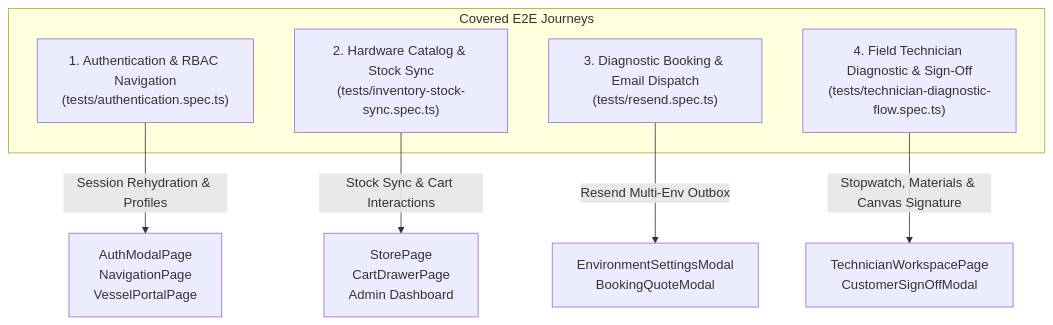
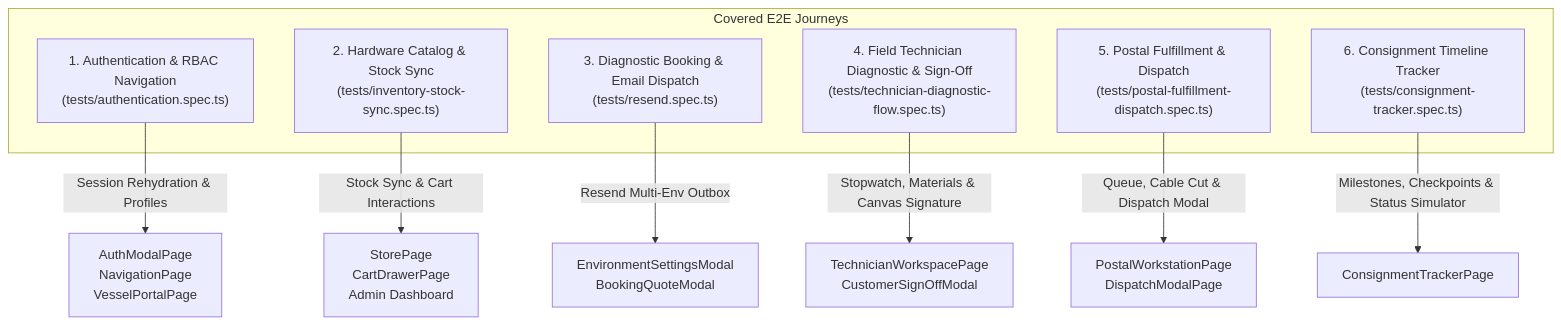
Before and after one commit to AnthonyWrather/ajwmes: the first of 2 diagrams in docs/E2E_USER_JOURNEYS.md, drawn with Mermaid. The commit also changed other lines of this file and 6 other files, not shown here.

First line of the commit message:
feat(e2e): implement Journey 6 postal consignment timeline tracker flow

````diff
--- a/docs/E2E_USER_JOURNEYS.md
+++ b/docs/E2E_USER_JOURNEYS.md
@@ -27,14 +27,18 @@
 ```mermaid
 graph TD
     subgraph ExistingJourneys["Covered E2E Journeys"]
         J1["1. Authentication & RBAC Navigation\n(tests/authentication.spec.ts)"]
         J2["2. Hardware Catalog & Stock Sync\n(tests/inventory-stock-sync.spec.ts)"]
         J3["3. Diagnostic Booking & Email Dispatch\n(tests/resend.spec.ts)"]
         J4["4. Field Technician Diagnostic & Sign-Off\n(tests/technician-diagnostic-flow.spec.ts)"]
+        J5["5. Postal Fulfillment & Dispatch\n(tests/postal-fulfillment-dispatch.spec.ts)"]
+        J6["6. Consignment Timeline Tracker\n(tests/consignment-tracker.spec.ts)"]
     end
 
     J1 -->|"Session Rehydration & Profiles"| POM1["AuthModalPage\nNavigationPage\nVesselPortalPage"]
     J2 -->|"Stock Sync & Cart Interactions"| POM2["StorePage\nCartDrawerPage\nAdmin Dashboard"]
     J3 -->|"Resend Multi-Env Outbox"| POM3["EnvironmentSettingsModal\nBookingQuoteModal"]
     J4 -->|"Stopwatch, Materials & Canvas Signature"| POM4["TechnicianWorkspacePage\nCustomerSignOffModal"]
+    J5 -->|"Queue, Cable Cut & Dispatch Modal"| POM5["PostalWorkstationPage\nDispatchModalPage"]
+    J6 -->|"Milestones, Checkpoints & Status Simulator"| POM6["ConsignmentTrackerPage"]
 ```
````
